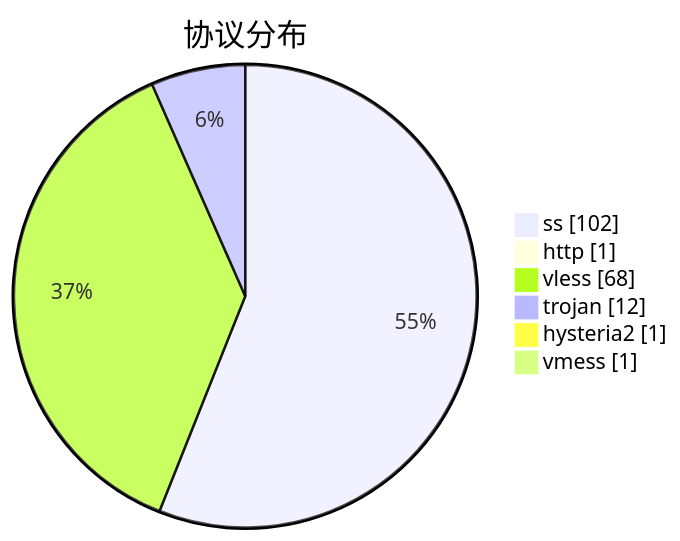
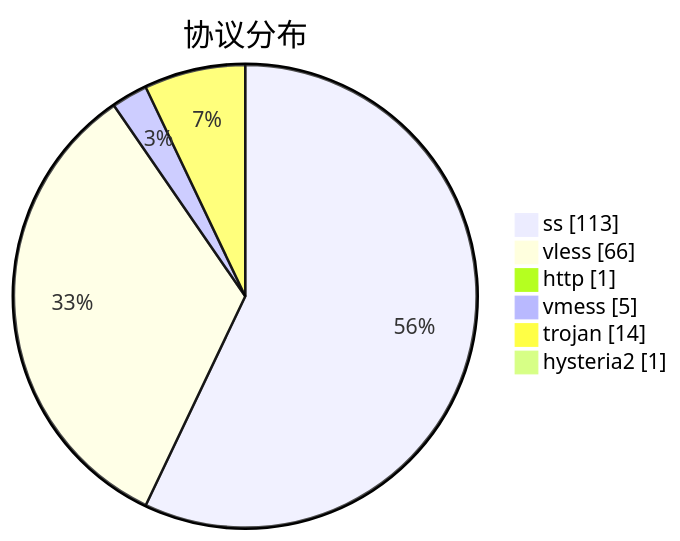
Before and after one commit to qjlxg/airport: the third of 3 diagrams in subs/statistics/tested_within.md, drawn with Mermaid. The commit also changed other lines of this file and 2 other files, not shown here.

````diff
--- a/subs/statistics/tested_within.md
+++ b/subs/statistics/tested_within.md
@@ -26,10 +25,10 @@
 ```mermaid
 pie showData
 title 协议分布
-"ss" : 102
+"ss" : 113
+"vless" : 66
 "http" : 1
-"vless" : 68
-"trojan" : 12
+"vmess" : 5
+"trojan" : 14
 "hysteria2" : 1
-"vmess" : 1
 ```
````
